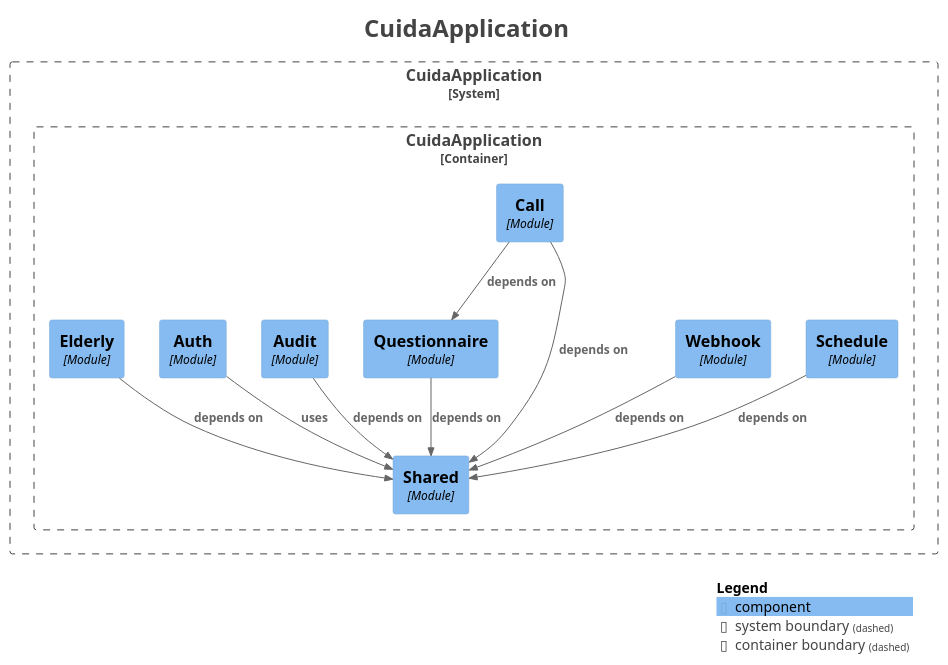
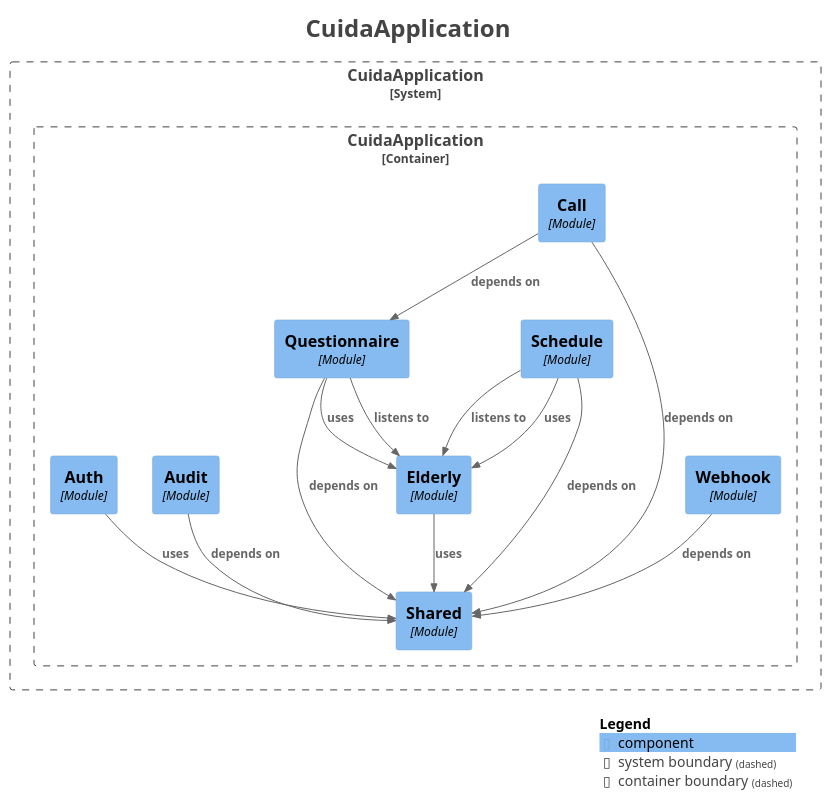
Before and after one commit to Rodrimir/alo_diario: the diagram in docs/modules/components.puml, drawn with PlantUML. The commit also changed 43 other files, not shown here.

```diff
--- a/docs/modules/components.puml
+++ b/docs/modules/components.puml
@@ -1,43 +1,47 @@
 @startuml
 title <size:24>CuidaApplication</size>
 
 set separator none
 top to bottom direction
 
 <style>
   root {
     BackgroundColor: #ffffff
     FontColor: #444444
   }
 </style>
 
 !include <C4/C4>
 !include <C4/C4_Context>
 !include <C4/C4_Component>
 
 System_Boundary("CuidaApplication_boundary", "CuidaApplication", $tags="") {
   Container_Boundary("CuidaApplication.CuidaApplication_boundary", "CuidaApplication", $tags="") {
+    Component(CuidaApplication.CuidaApplication.Webhook, "Webhook", $techn="Module", $descr="", $tags="", $link="")
     Component(CuidaApplication.CuidaApplication.Questionnaire, "Questionnaire", $techn="Module", $descr="", $tags="", $link="")
     Component(CuidaApplication.CuidaApplication.Schedule, "Schedule", $techn="Module", $descr="", $tags="", $link="")
-    Component(CuidaApplication.CuidaApplication.Webhook, "Webhook", $techn="Module", $descr="", $tags="", $link="")
     Component(CuidaApplication.CuidaApplication.Call, "Call", $techn="Module", $descr="", $tags="", $link="")
     Component(CuidaApplication.CuidaApplication.Shared, "Shared", $techn="Module", $descr="", $tags="", $link="")
     Component(CuidaApplication.CuidaApplication.Audit, "Audit", $techn="Module", $descr="", $tags="", $link="")
     Component(CuidaApplication.CuidaApplication.Auth, "Auth", $techn="Module", $descr="", $tags="", $link="")
     Component(CuidaApplication.CuidaApplication.Elderly, "Elderly", $techn="Module", $descr="", $tags="", $link="")
   }
 
 }
 
 Rel(CuidaApplication.CuidaApplication.Audit, CuidaApplication.CuidaApplication.Shared, "depends on", $techn="", $tags="", $link="")
 Rel(CuidaApplication.CuidaApplication.Auth, CuidaApplication.CuidaApplication.Shared, "uses", $techn="", $tags="", $link="")
 Rel(CuidaApplication.CuidaApplication.Call, CuidaApplication.CuidaApplication.Questionnaire, "depends on", $techn="", $tags="", $link="")
 Rel(CuidaApplication.CuidaApplication.Call, CuidaApplication.CuidaApplication.Shared, "depends on", $techn="", $tags="", $link="")
-Rel(CuidaApplication.CuidaApplication.Elderly, CuidaApplication.CuidaApplication.Shared, "depends on", $techn="", $tags="", $link="")
+Rel(CuidaApplication.CuidaApplication.Elderly, CuidaApplication.CuidaApplication.Shared, "uses", $techn="", $tags="", $link="")
+Rel(CuidaApplication.CuidaApplication.Questionnaire, CuidaApplication.CuidaApplication.Elderly, "listens to", $techn="", $tags="", $link="")
+Rel(CuidaApplication.CuidaApplication.Questionnaire, CuidaApplication.CuidaApplication.Elderly, "uses", $techn="", $tags="", $link="")
 Rel(CuidaApplication.CuidaApplication.Questionnaire, CuidaApplication.CuidaApplication.Shared, "depends on", $techn="", $tags="", $link="")
+Rel(CuidaApplication.CuidaApplication.Schedule, CuidaApplication.CuidaApplication.Elderly, "listens to", $techn="", $tags="", $link="")
+Rel(CuidaApplication.CuidaApplication.Schedule, CuidaApplication.CuidaApplication.Elderly, "uses", $techn="", $tags="", $link="")
 Rel(CuidaApplication.CuidaApplication.Schedule, CuidaApplication.CuidaApplication.Shared, "depends on", $techn="", $tags="", $link="")
 Rel(CuidaApplication.CuidaApplication.Webhook, CuidaApplication.CuidaApplication.Shared, "depends on", $techn="", $tags="", $link="")
 
 SHOW_LEGEND(true)
 hide stereotypes
 @enduml
```
